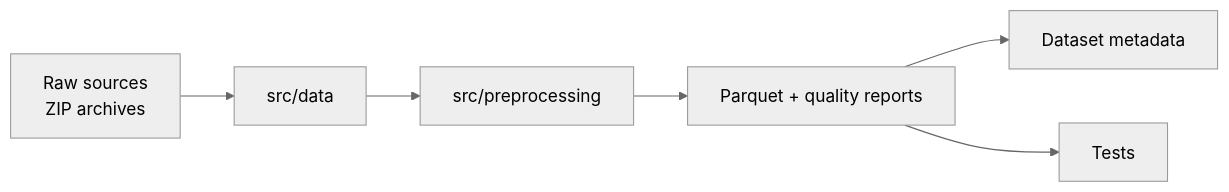
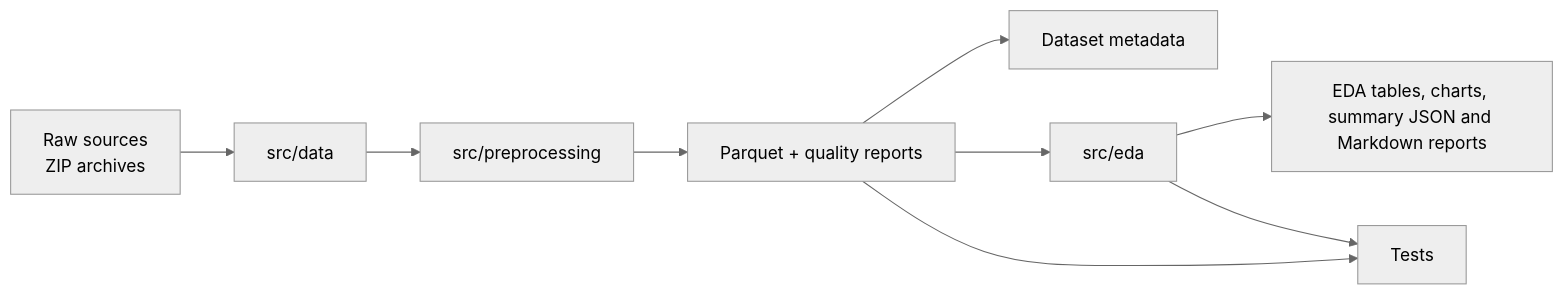
One commit to mukull11/JewelCast-AI changed the diagram in docs/architecture.md. Above: the diagram before and after it, drawn with Mermaid (neutral theme). The commit also changed other lines of this file and 16 other files, not shown here.

````diff
--- a/docs/architecture.md
+++ b/docs/architecture.md
@@ -12,8 +12,11 @@
 ```mermaid
 flowchart LR
     A[Raw sources<br/>ZIP archives] --> B[src/data]
     B --> C[src/preprocessing]
     C --> D[Parquet + quality reports]
     D --> E[Dataset metadata]
-    D --> F[Tests]
+    D --> F[src/eda]
+    F --> G[EDA tables, charts, summary JSON and Markdown reports]
+    D --> H[Tests]
+    F --> H
 ```
````
